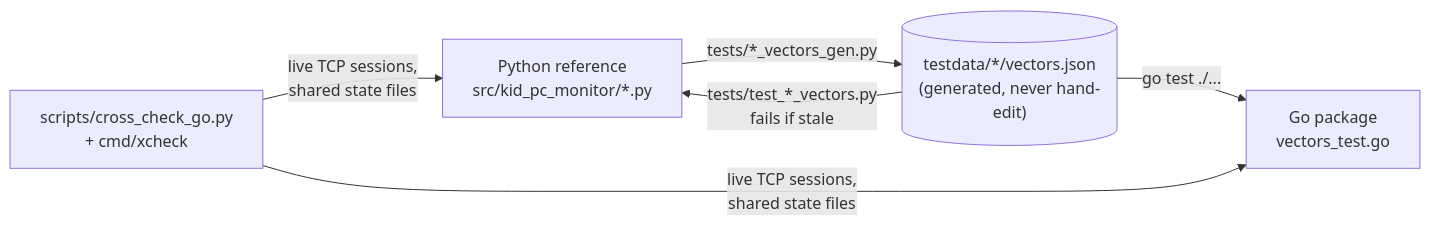
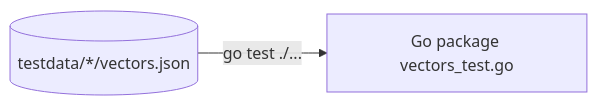
Before and after one commit to cpmurphy/kid-pc-monitor: the seventh of 8 diagrams in docs/go-source-guide.md, drawn with Mermaid. The commit also changed other lines of this file and 54 other files, not shown here.

````diff
--- a/docs/go-source-guide.md
+++ b/docs/go-source-guide.md
@@ -308,7 +309,4 @@
 ```mermaid
 flowchart LR
-    PY["Python reference<br/>src/kid_pc_monitor/*.py"] -->|"tests/*_vectors_gen.py"| V[("testdata/*/vectors.json<br/>(generated, never hand-edit)")]
-    V -->|"go test ./..."| GO["Go package<br/>vectors_test.go"]
-    V -->|"tests/test_*_vectors.py<br/>fails if stale"| PY
-    X["scripts/cross_check_go.py<br/>+ cmd/xcheck"] -->|"live TCP sessions,<br/>shared state files"| PY & GO
+    V[("testdata/*/vectors.json")] -->|"go test ./..."| GO["Go package vectors_test.go"]
 ```
````
